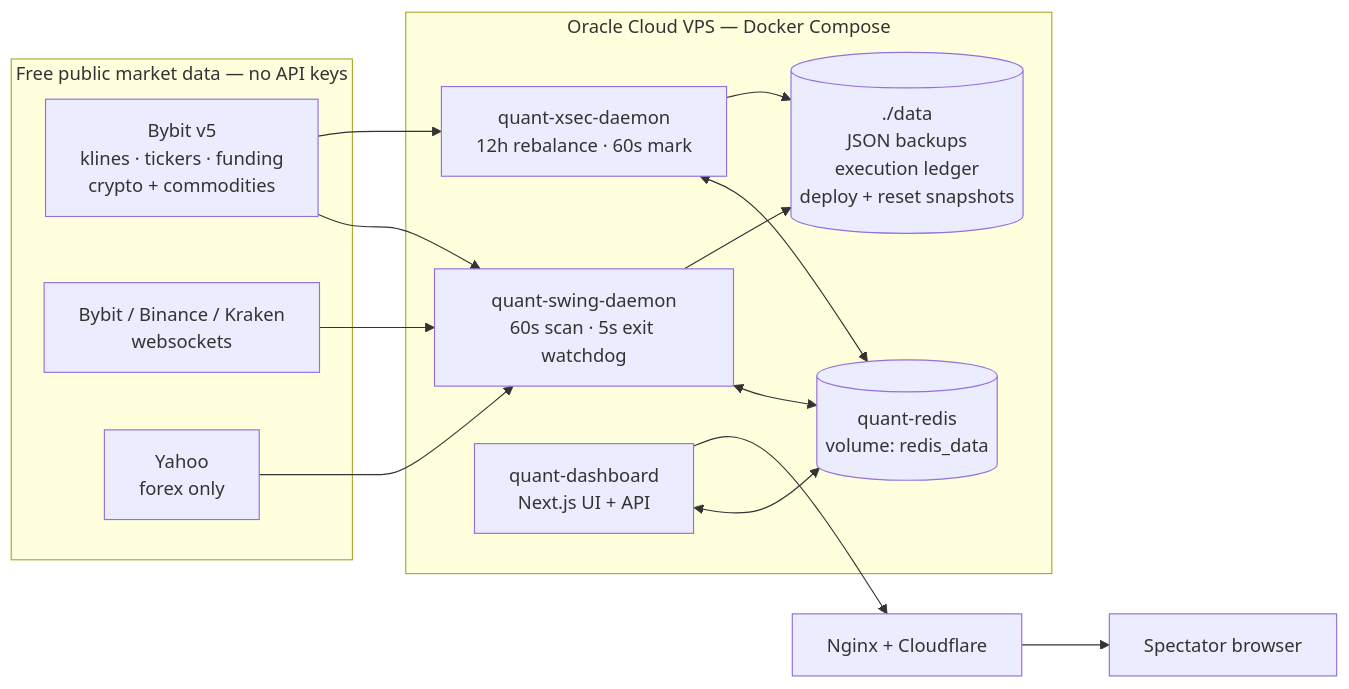
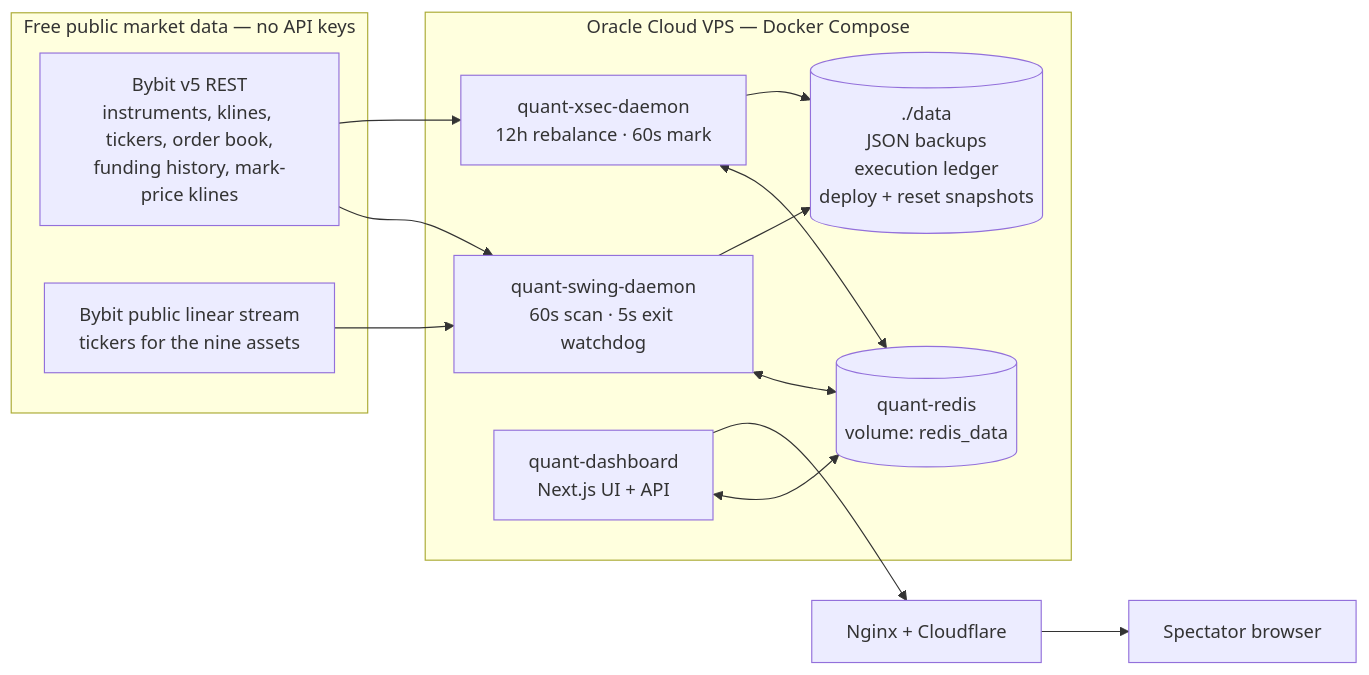
The second of 6 diagrams in docs/ARCHITECTURE.md (tejashendre/AI-paper-trading-agent), drawn with Mermaid before and after one commit. The commit also changed other lines of this file and 15 other files, not shown here.

````diff
--- a/docs/ARCHITECTURE.md
+++ b/docs/ARCHITECTURE.md
@@ -59,29 +67,27 @@
 ```mermaid
 flowchart LR
     subgraph FREE["Free public market data — no API keys"]
-        BYBIT["Bybit v5<br/>klines · tickers · funding<br/>crypto + commodities"]
-        WS["Bybit / Binance / Kraken<br/>websockets"]
-        YAHOO["Yahoo<br/>forex only"]
+        BYBIT["Bybit v5 REST<br/>instruments, klines, tickers, order book,<br/>funding history, mark-price klines"]
+        WS["Bybit public linear stream<br/>tickers for the nine assets"]
     end
 
     subgraph ORACLE["Oracle Cloud VPS — Docker Compose"]
         SWINGD["quant-swing-daemon<br/>60s scan · 5s exit watchdog"]
         XSECD["quant-xsec-daemon<br/>12h rebalance · 60s mark"]
         DASH["quant-dashboard<br/>Next.js UI + API"]
         REDIS[("quant-redis<br/>volume: redis_data")]
         FILES[("./data<br/>JSON backups<br/>execution ledger<br/>deploy + reset snapshots")]
     end
 
     BYBIT --> SWINGD
     BYBIT --> XSECD
     WS --> SWINGD
-    YAHOO --> SWINGD
 
     SWINGD <--> REDIS
     XSECD <--> REDIS
     DASH <--> REDIS
     SWINGD --> FILES
     XSECD --> FILES
 
     DASH --> NGINX["Nginx + Cloudflare"] --> USER["Spectator browser"]
 ```
````
